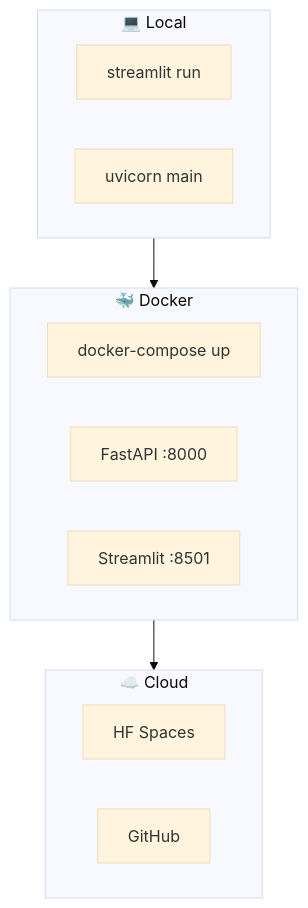
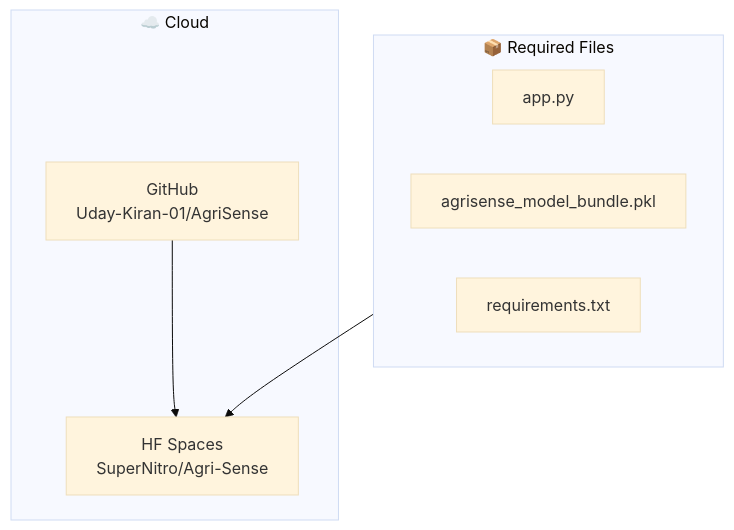
The fourth of 4 diagrams in docs/architecture.md (Uday-Kiran-01/AgriSense), drawn with Mermaid (base theme) before and after one commit. The commit also changed other lines of this file and 1 other file, not shown here.

Commit message:
Update architecture.md and technical-writeup.md for standalone Streamlit demo + SHAP status

````diff
--- a/docs/architecture.md
+++ b/docs/architecture.md
@@ -96,17 +92,14 @@
 ```mermaid
 flowchart TB
-    subgraph Local["💻 Local"]
-        L1["streamlit run"]
-        L2["uvicorn main"]
+    subgraph Cloud["☁️ Cloud"]
+        C1["HF Spaces<br/>SuperNitro/Agri-Sense"]
+        C2["GitHub<br/>Uday-Kiran-01/AgriSense"]
     end
-    subgraph Docker["🐳 Docker"]
-        D1["docker-compose up"]
-        D2["FastAPI :8000"]
-        D3["Streamlit :8501"]
+    subgraph Files["📦 Required Files"]
+        F1["app.py"]
+        F2["agrisense_model_bundle.pkl"]
+        F3["requirements.txt"]
     end
-    subgraph Cloud["☁️ Cloud"]
-        C1["HF Spaces"]
-        C2["GitHub"]
-    end
-    Local --> Docker --> Cloud
+    Files --> C1
+    C2 --> C1
 ```
````
